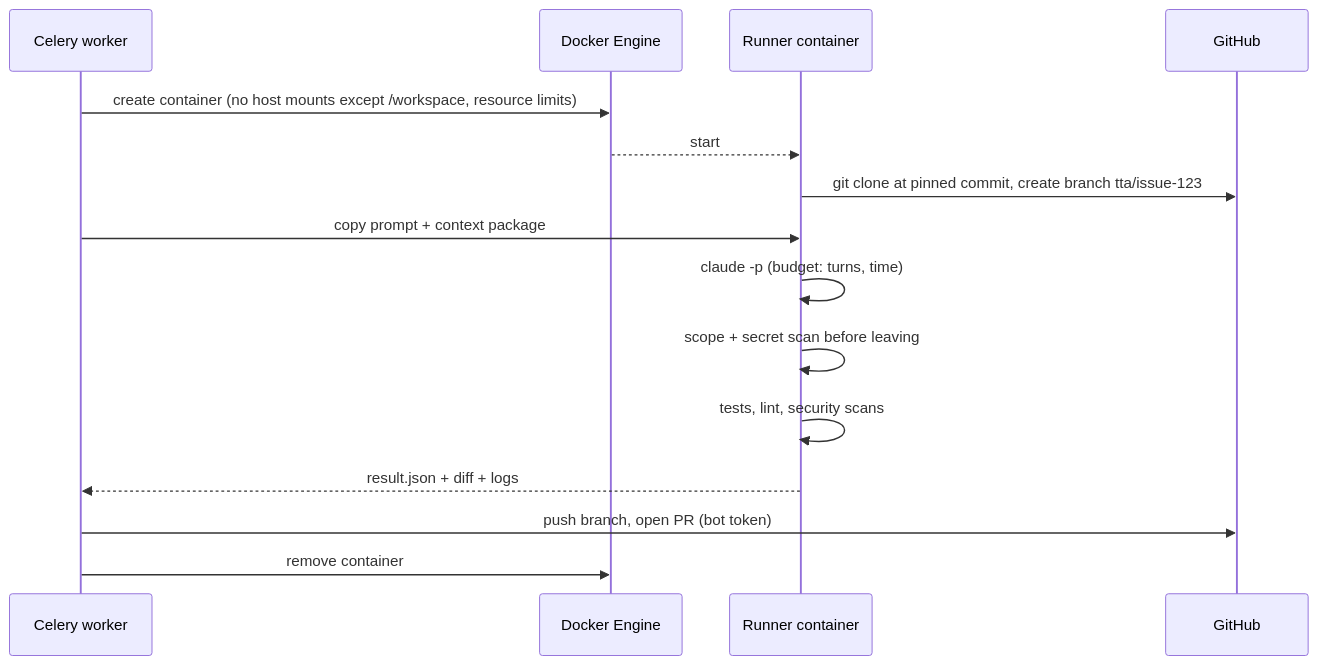
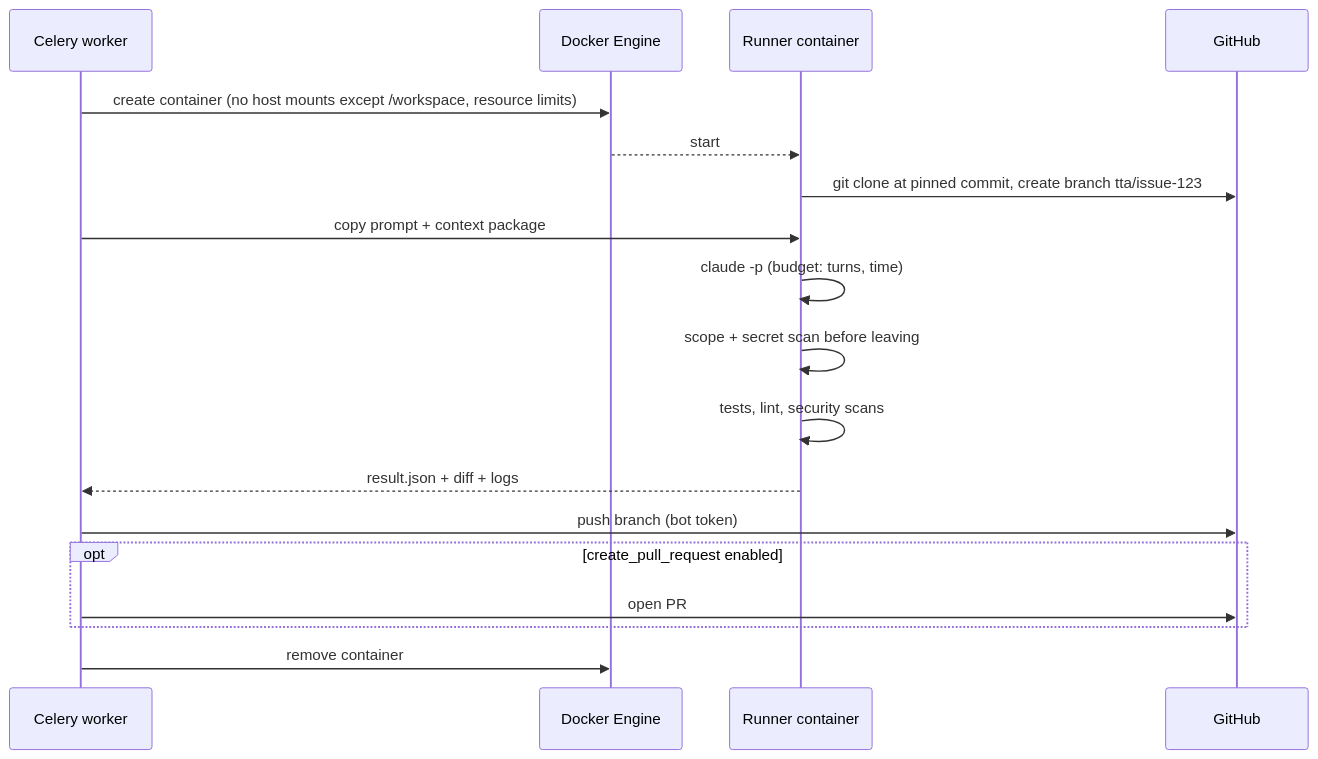
One commit to yasmin-poc-works/tasktraceautomator changed the fourth of 5 diagrams in project_plan_and _architecture/task_trace_automator_architecture.md. Above: the diagram before and after it, drawn with Mermaid. The commit also changed other lines of this file and 2 other files, not shown here.

````diff
--- a/project_plan_and _architecture/task_trace_automator_architecture.md
+++ b/project_plan_and _architecture/task_trace_automator_architecture.md
@@ -251,18 +251,21 @@
 ```mermaid
 sequenceDiagram
     participant W as Celery worker
     participant D as Docker Engine
     participant R as Runner container
     participant G as GitHub
 
     W->>D: create container (no host mounts except /workspace, resource limits)
     D-->>R: start
     R->>G: git clone at pinned commit, create branch tta/issue-123
     W->>R: copy prompt + context package
     R->>R: claude -p (budget: turns, time)
     R->>R: scope + secret scan before leaving
     R->>R: tests, lint, security scans
     R-->>W: result.json + diff + logs
-    W->>G: push branch, open PR (bot token)
+    W->>G: push branch (bot token)
+    opt create_pull_request enabled
+        W->>G: open PR
+    end
     W->>D: remove container
 ```
````
